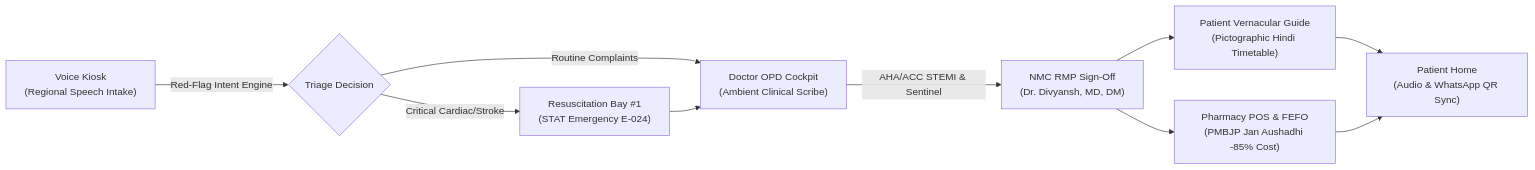
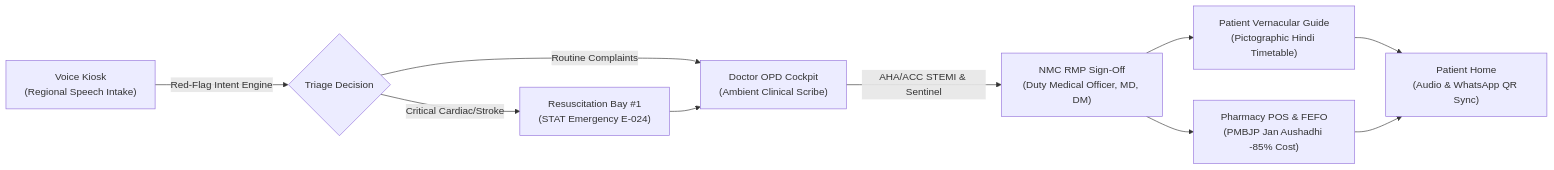
Before and after one commit to Divyanshgupta2580/JEEVIKA: the second of 2 diagrams in README.md, drawn with Mermaid. The commit also changed other lines of this file and 17 other files, not shown here.

````diff
--- a/README.md
+++ b/README.md
@@ -170,12 +170,12 @@
 ```mermaid
 flowchart LR
     A["Voice Kiosk<br/>(Regional Speech Intake)"] -->|"Red-Flag Intent Engine"| B{"Triage Decision"}
     B -->|"Critical Cardiac/Stroke"| C["Resuscitation Bay #1<br/>(STAT Emergency E-024)"]
     B -->|"Routine Complaints"| D["Doctor OPD Cockpit<br/>(Ambient Clinical Scribe)"]
     C --> D
-    D -->|"AHA/ACC STEMI & Sentinel"| E["NMC RMP Sign-Off<br/>(Dr. Divyansh, MD, DM)"]
+    D -->|"AHA/ACC STEMI & Sentinel"| E["NMC RMP Sign-Off<br/>(Duty Medical Officer, MD, DM)"]
     E --> F["Patient Vernacular Guide<br/>(Pictographic Hindi Timetable)"]
     E --> G["Pharmacy POS & FEFO<br/>(PMBJP Jan Aushadhi -85% Cost)"]
     F --> H["Patient Home<br/>(Audio & WhatsApp QR Sync)"]
     G --> H
 ```
````
